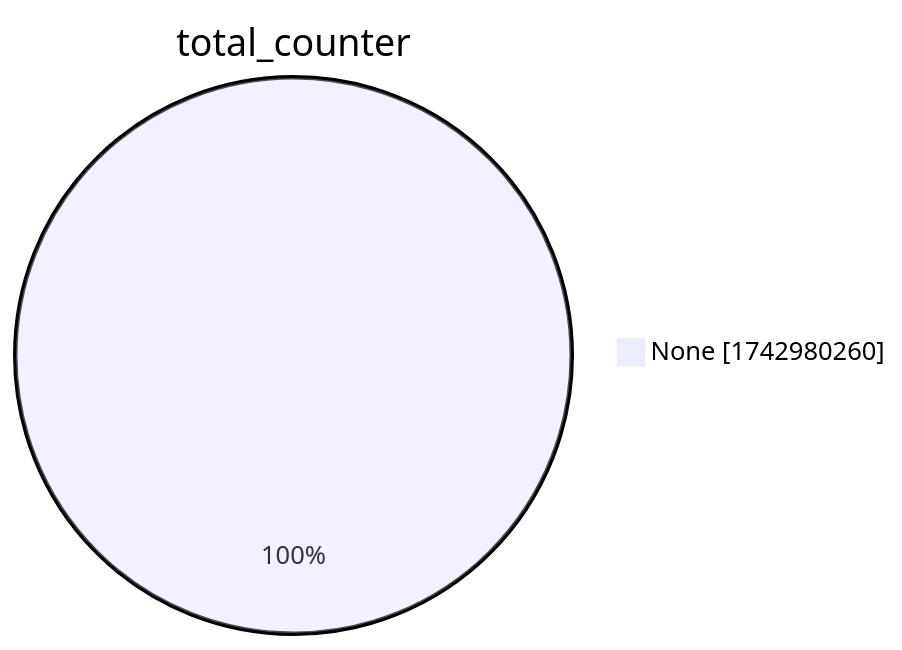
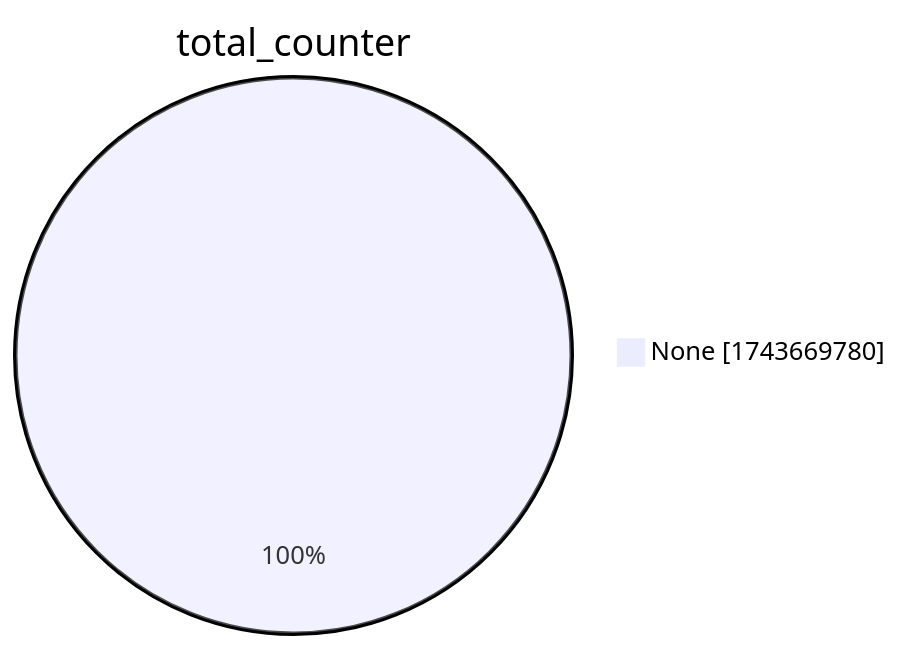
The second of 15 diagrams in xenon2022/README.md (christiankrug/ctmonitor_visualization), drawn with Mermaid before and after one commit. The commit also changed other lines of this file, not shown here.

````diff
--- a/xenon2022/README.md
+++ b/xenon2022/README.md
@@ -9,5 +9,5 @@
 ```mermaid
 pie showData
 title total_counter
-"None" :1742980260
+"None" :1743669780
 ```
````
